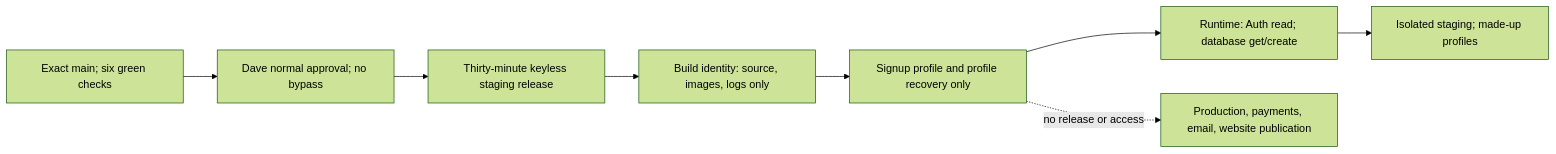
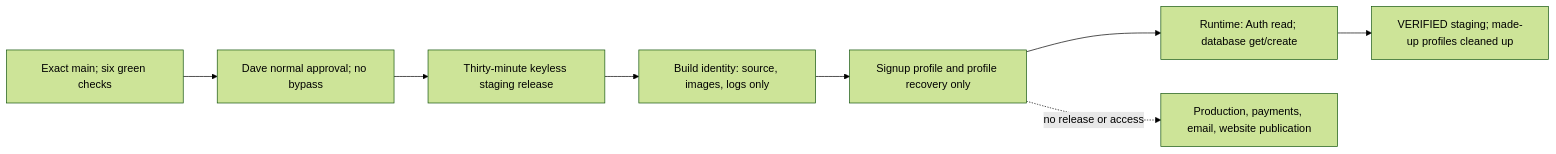
Diagram 11 of 12 in docs/officers/SYSTEM_MAPS.md (Run-MPRC/Run-MPRC.github.io), drawn with Mermaid (forest theme) before and after one commit. The commit also changed other lines of this file and 9 other files, not shown here.

````diff
--- a/docs/officers/SYSTEM_MAPS.md
+++ b/docs/officers/SYSTEM_MAPS.md
@@ -226,10 +226,10 @@
 ```mermaid
 flowchart LR
     Main["Exact main; six green checks"] --> Gate["Dave normal approval; no bypass"]
     Gate --> Deploy["Thirty-minute keyless staging release"]
     Deploy --> Build["Build identity: source, images, logs only"]
     Build --> Two["Signup profile and profile recovery only"]
     Two --> Runtime["Runtime: Auth read; database get/create"]
-    Runtime --> Stage["Isolated staging; made-up profiles"]
+    Runtime --> Stage["VERIFIED staging; made-up profiles cleaned up"]
     Two -. "no release or access" .-> Excluded["Production, payments, email, website publication"]
 ```
````
